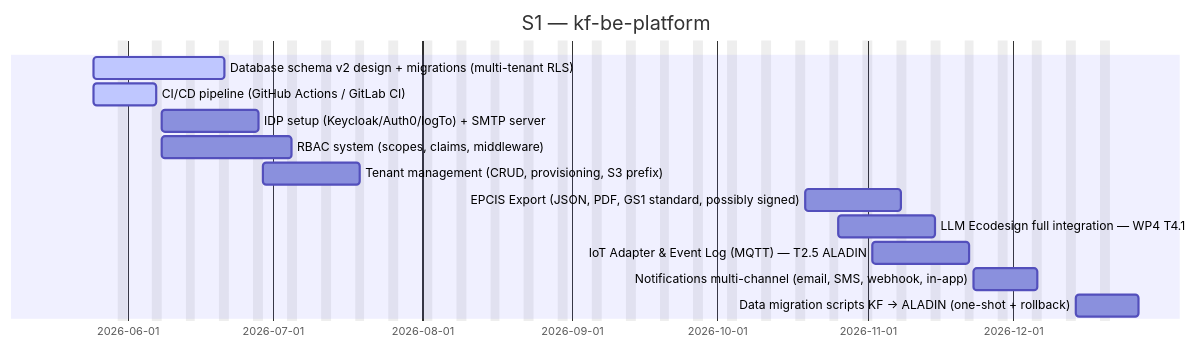
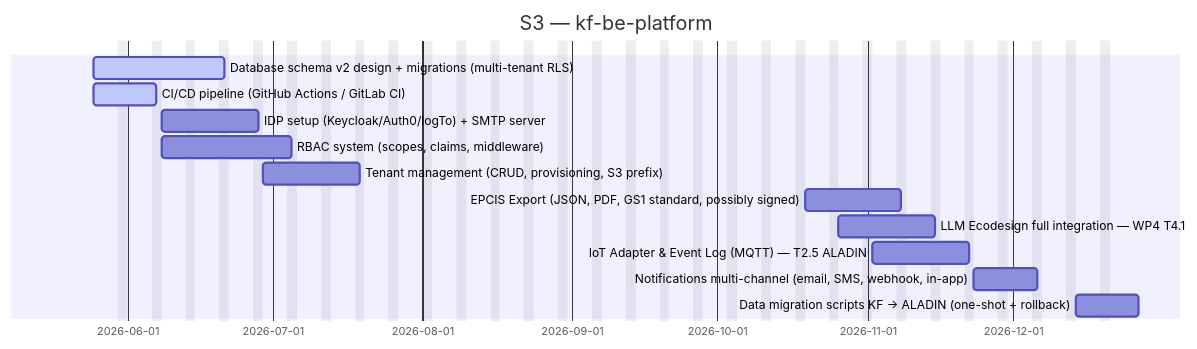
One commit to Katty-Fashion/kf-cpto changed the second of 3 diagrams in docs/_projects/kf-be-platform.md. Above: the diagram before and after it, drawn with Mermaid. The commit also changed other lines of this file and 11 other files, not shown here.

````diff
--- a/docs/_projects/kf-be-platform.md
+++ b/docs/_projects/kf-be-platform.md
@@ -78,17 +78,17 @@
 ```mermaid
 gantt
-    title S1 — kf-be-platform
+    title S3 — kf-be-platform
     dateFormat YYYY-MM-DD
     excludes weekends
 
     Database schema v2 design + migrations (multi-tenant RLS) :active, 2026-05-25, 2026-06-21
     CI/CD pipeline (GitHub Actions / GitLab CI) :active, 2026-05-25, 2026-06-07
     IDP setup (Keycloak/Auth0/logTo) + SMTP server :2026-06-08, 2026-06-28
     RBAC system (scopes, claims, middleware) :2026-06-08, 2026-07-05
     Tenant management (CRUD, provisioning, S3 prefix) :2026-06-29, 2026-07-19
     EPCIS Export (JSON, PDF, GS1 standard, possibly signed) :2026-10-19, 2026-11-08
     LLM Ecodesign full integration — WP4 T4.1 :2026-10-26, 2026-11-15
     IoT Adapter & Event Log (MQTT) — T2.5 ALADIN :2026-11-02, 2026-11-22
     Notifications multi-channel (email, SMS, webhook, in-app) :2026-11-23, 2026-12-06
     Data migration scripts KF → ALADIN (one-shot + rollback) :2026-12-14, 2026-12-27
 ```
````
